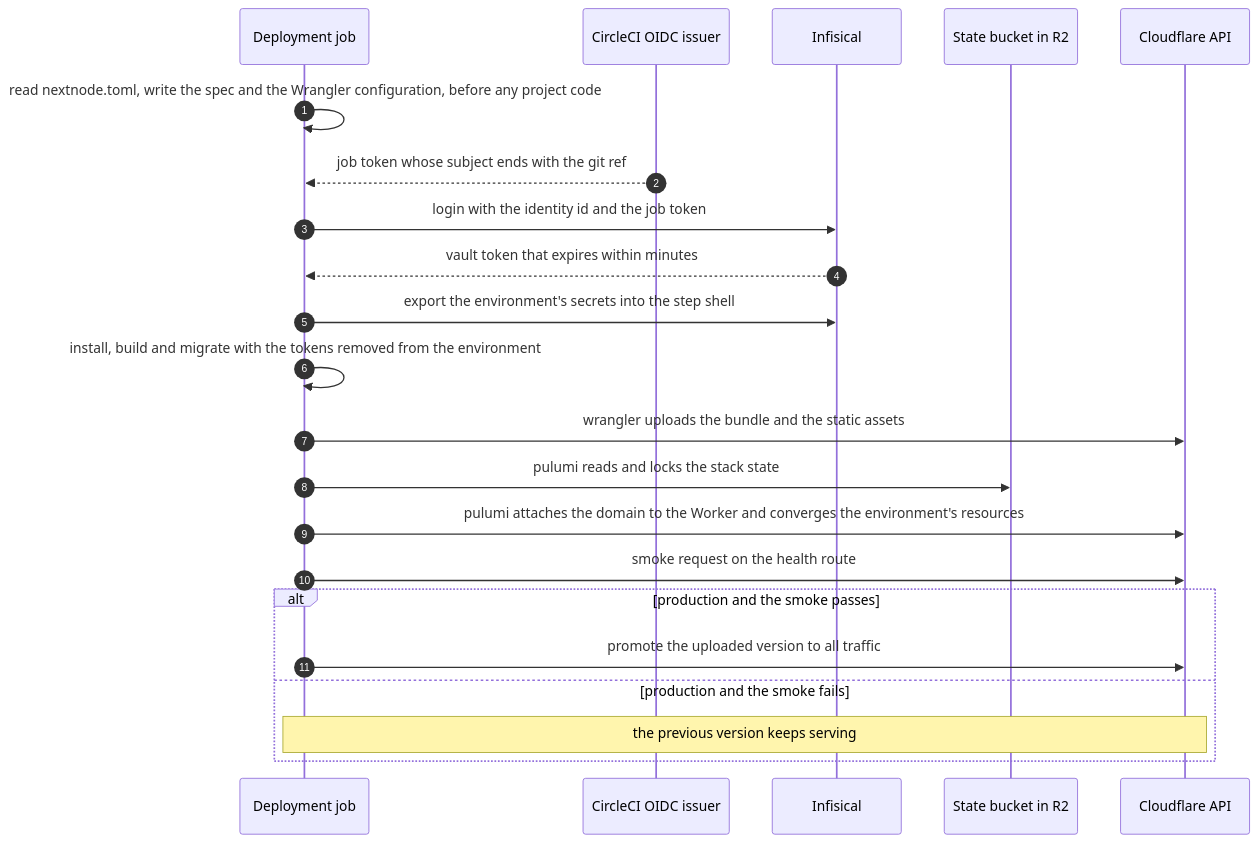
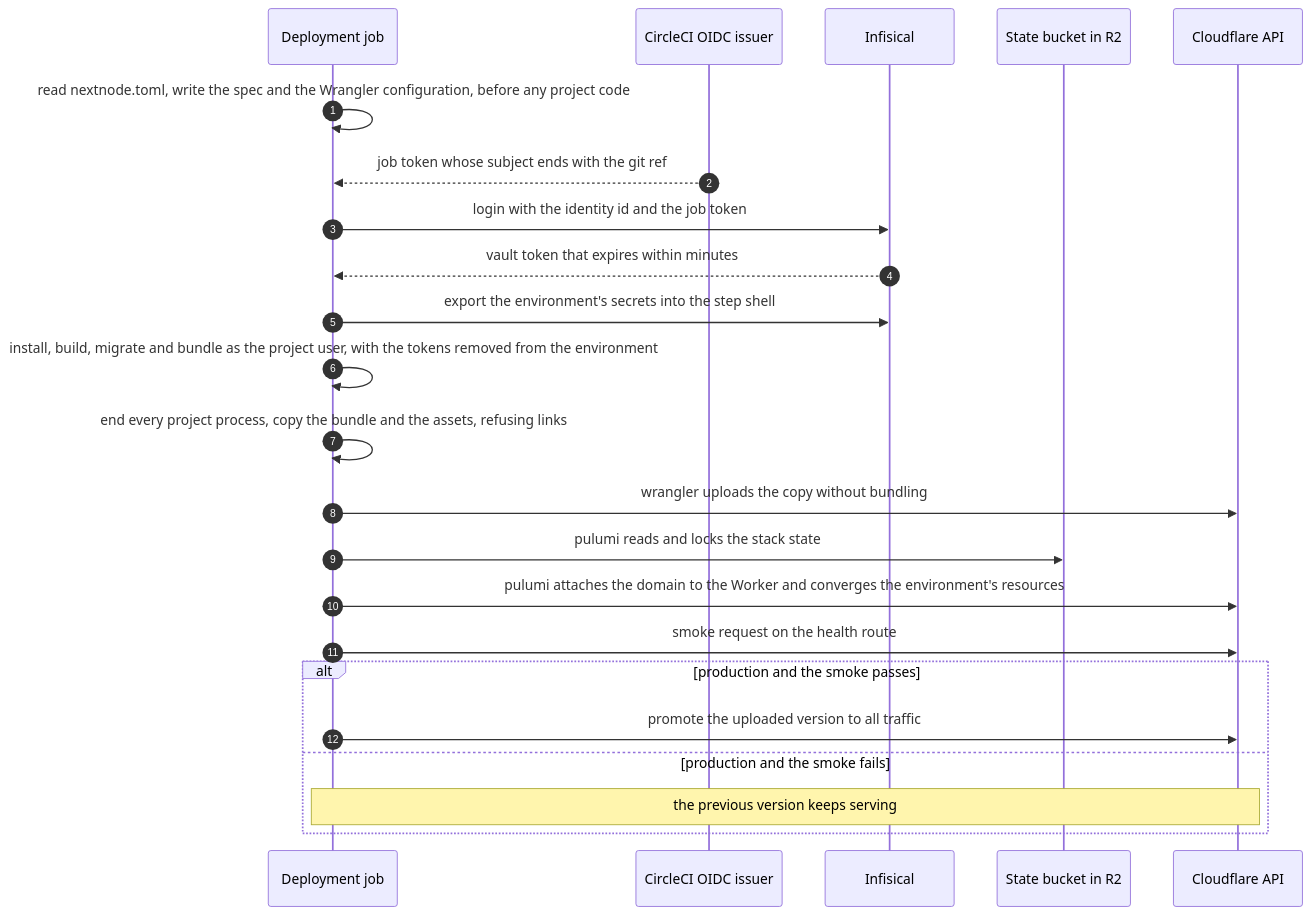
Before and after one commit to NextNodeSolutions/infrastructure: the third of 3 diagrams in docs/architecture.md, drawn with Mermaid. The commit also changed other lines of this file and 3 other files, not shown here.

Commit message:
ci: the project user bundles the worker and the platform uploads a link-free copy

````diff
--- a/docs/architecture.md
+++ b/docs/architecture.md
@@ -85,24 +85,25 @@
 ```mermaid
 sequenceDiagram
     autonumber
     participant J as Deployment job
     participant O as CircleCI OIDC issuer
     participant V as Infisical
     participant S as State bucket in R2
     participant F as Cloudflare API
     J->>J: read nextnode.toml, write the spec and the Wrangler configuration, before any project code
     O-->>J: job token whose subject ends with the git ref
     J->>V: login with the identity id and the job token
     V-->>J: vault token that expires within minutes
     J->>V: export the environment's secrets into the step shell
-    J->>J: install, build and migrate with the tokens removed from the environment
-    J->>F: wrangler uploads the bundle and the static assets
+    J->>J: install, build, migrate and bundle as the project user, with the tokens removed from the environment
+    J->>J: end every project process, copy the bundle and the assets, refusing links
+    J->>F: wrangler uploads the copy without bundling
     J->>S: pulumi reads and locks the stack state
     J->>F: pulumi attaches the domain to the Worker and converges the environment's resources
     J->>F: smoke request on the health route
     alt production and the smoke passes
         J->>F: promote the uploaded version to all traffic
     else production and the smoke fails
         Note over J,F: the previous version keeps serving
     end
 ```
````
